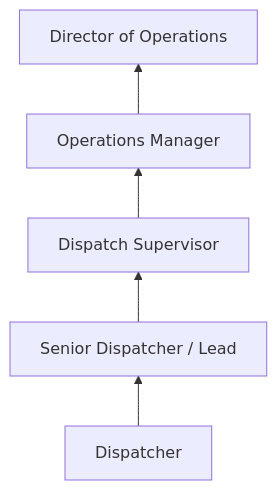
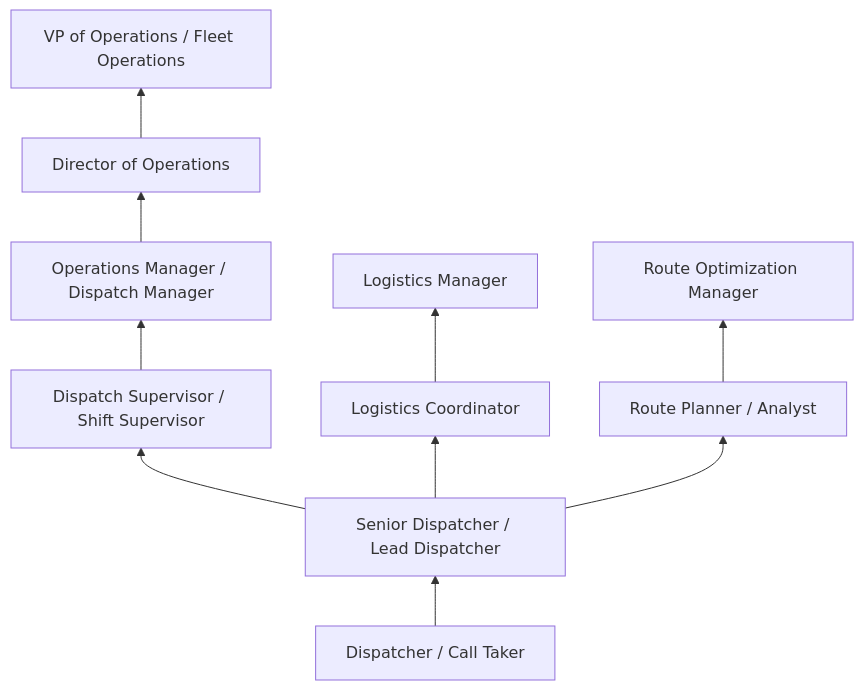
The third of 4 diagrams in occupations/Administrative/DispatchersExceptPoliceFireAndAmbulance.mdx (kziemski/business.org.ai), drawn with Mermaid before and after one commit. The commit also changed other lines of this file and 19 other files, not shown here.

````diff
--- a/occupations/Administrative/DispatchersExceptPoliceFireAndAmbulance.mdx
+++ b/occupations/Administrative/DispatchersExceptPoliceFireAndAmbulance.mdx
@@ -74,7 +136,14 @@
 ```mermaid
 graph BT
-    Entry["Dispatcher"] --> Mid["Senior Dispatcher / Lead"]
-    Mid --> Supervisor["Dispatch Supervisor"]
-    Supervisor --> Manager["Operations Manager"]
+    Entry["Dispatcher / Call Taker"] --> Mid["Senior Dispatcher / Lead Dispatcher"]
+    Mid --> Supervisor["Dispatch Supervisor / Shift Supervisor"]
+    Supervisor --> Manager["Operations Manager / Dispatch Manager"]
     Manager --> Director["Director of Operations"]
+    Director --> VP["VP of Operations / Fleet Operations"]
+
+    Mid --> Coordinator["Logistics Coordinator"]
+    Coordinator --> LogMgr["Logistics Manager"]
+
+    Mid --> Router["Route Planner / Analyst"]
+    Router --> OptMgr["Route Optimization Manager"]
 ```
````
